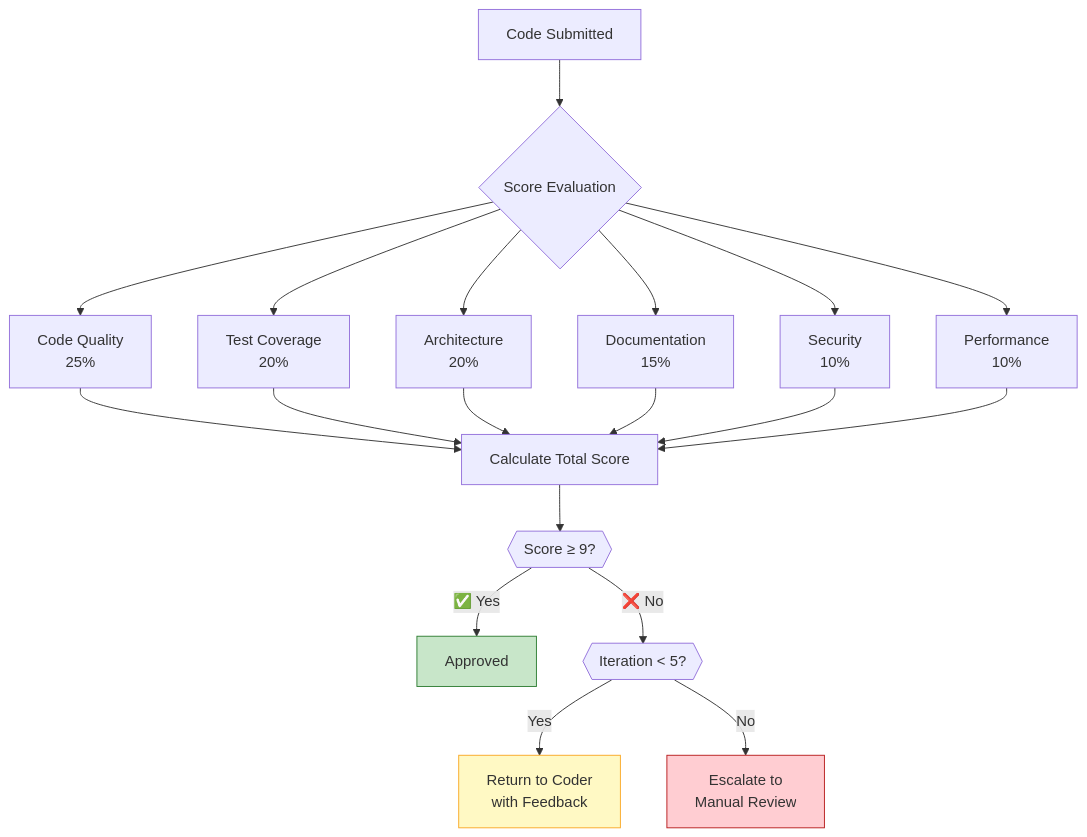
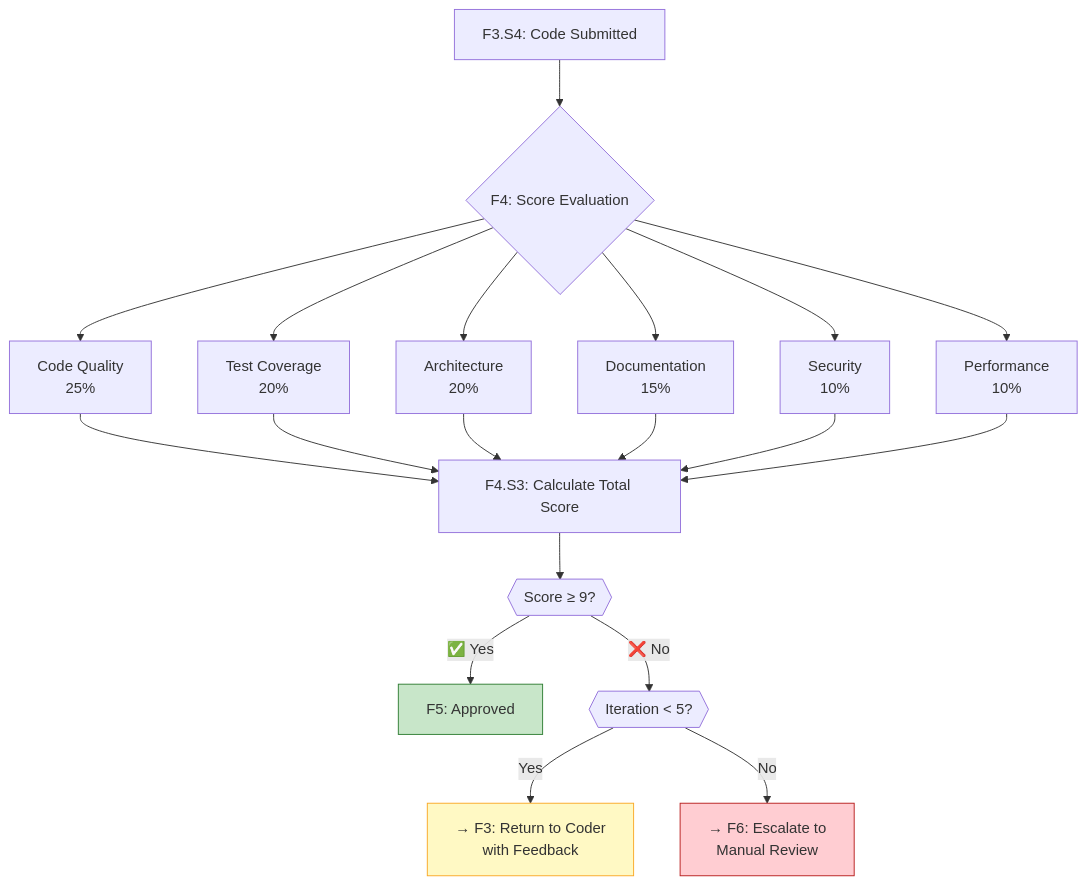
The fifth of 7 diagrams in .github/workflow.md (hgmancholam/novum), drawn with Mermaid before and after one commit. The commit also changed other lines of this file and 5 other files, not shown here.

````diff
--- a/.github/workflow.md
+++ b/.github/workflow.md
@@ -254,25 +298,25 @@
 ```mermaid
 flowchart TD
-    A["Code Submitted"] --> B{"Score Evaluation"}
+    A["F3.S4: Code Submitted"] --> B{"F4: Score Evaluation"}
     
     B --> C["Code Quality<br/>25%"]
     B --> D["Test Coverage<br/>20%"]
     B --> E["Architecture<br/>20%"]
     B --> F["Documentation<br/>15%"]
     B --> G["Security<br/>10%"]
     B --> H["Performance<br/>10%"]
     
-    C & D & E & F & G & H --> I["Calculate Total Score"]
+    C & D & E & F & G & H --> I["F4.S3: Calculate Total Score"]
     
     I --> J{{"Score ≥ 9?"}}
     
-    J -->|"✅ Yes"| K["Approved"]
+    J -->|"✅ Yes"| K["F5: Approved"]
     J -->|"❌ No"| L{{"Iteration < 5?"}}
     
-    L -->|"Yes"| M["Return to Coder<br/>with Feedback"]
-    L -->|"No"| N["Escalate to<br/>Manual Review"]
+    L -->|"Yes"| M["→ F3: Return to Coder<br/>with Feedback"]
+    L -->|"No"| N["→ F6: Escalate to<br/>Manual Review"]
 
     style K fill:#c8e6c9,stroke:#2e7d32
     style N fill:#ffcdd2,stroke:#b71c1c
     style M fill:#fff9c4,stroke:#f9a825
 ```
````
